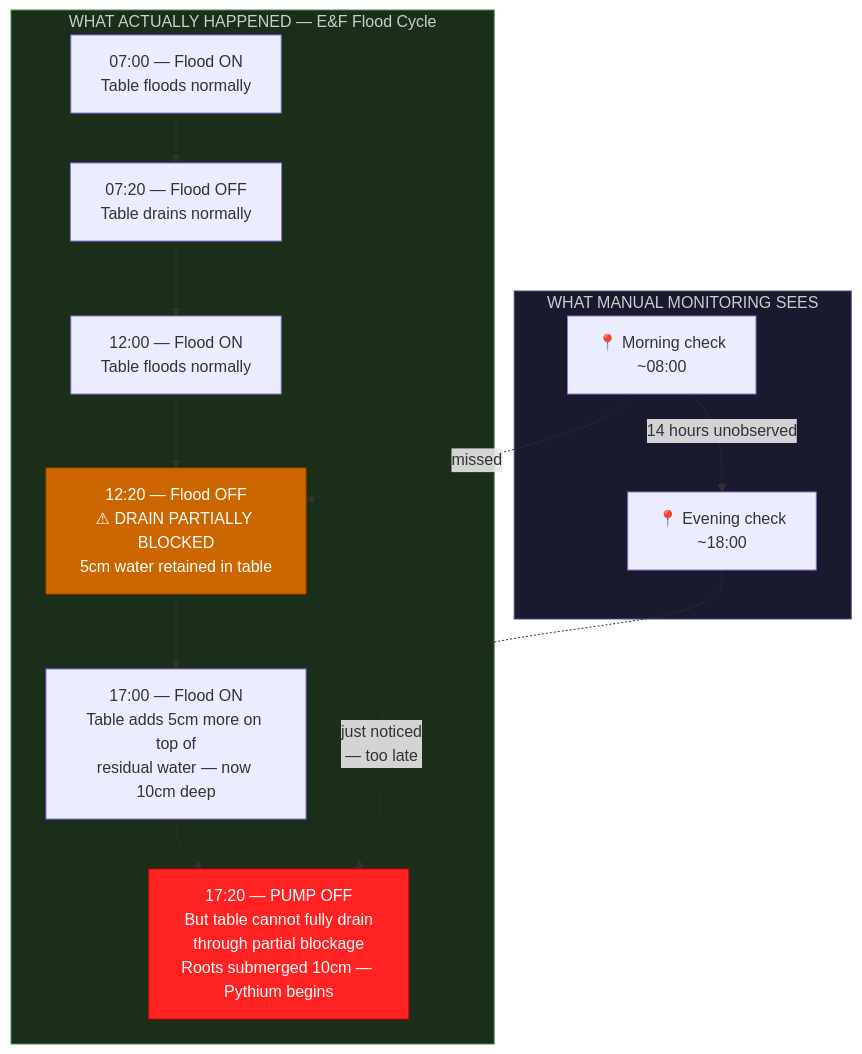
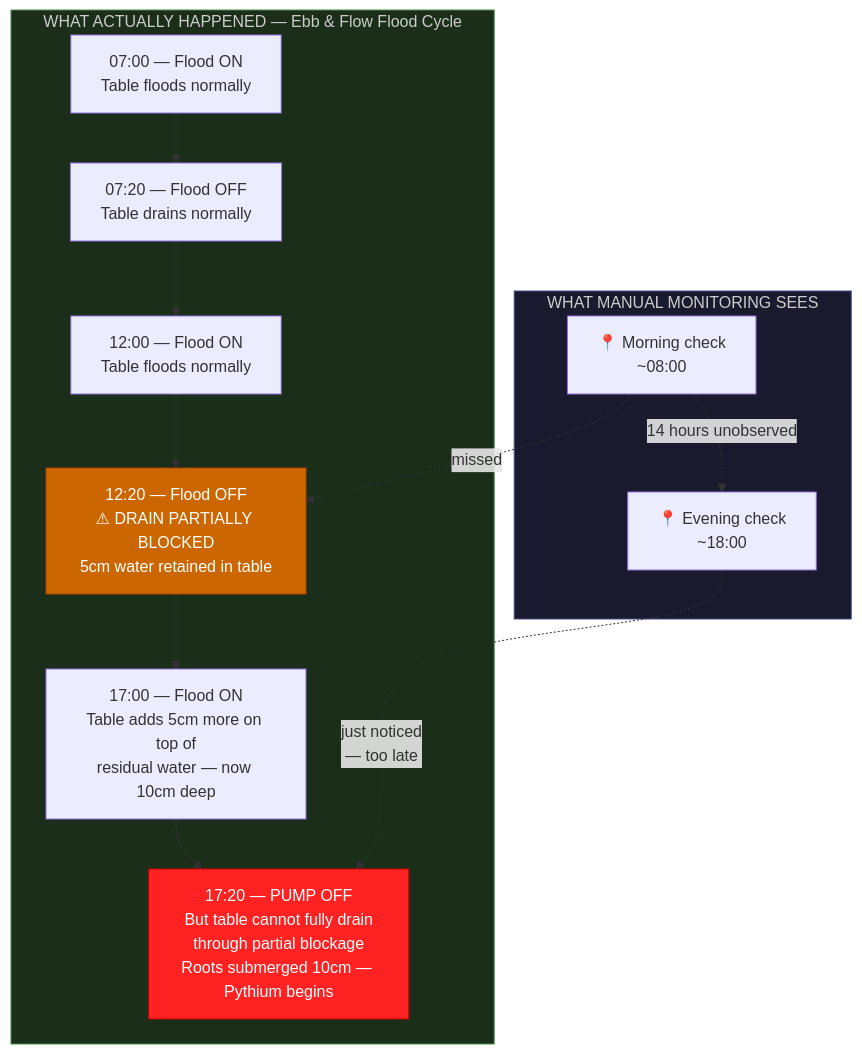
The first of 13 diagrams in guide/ebb-and-flow/13-automation.md (UncleJS/guide_hydroponics), drawn with Mermaid before and after one commit. The commit also changed other lines of this file and 12 other files, not shown here.

````diff
--- a/guide/ebb-and-flow/13-automation.md
+++ b/guide/ebb-and-flow/13-automation.md
@@ -115,26 +115,26 @@
 ```mermaid
 flowchart TD
     subgraph manual["WHAT MANUAL MONITORING SEES"]
         M1["📍 Morning check<br/>~08:00"]
         M2["📍 Evening check<br/>~18:00"]
         M1 -.->|"14 hours unobserved"| M2
     end
 
-    subgraph actual["WHAT ACTUALLY HAPPENED — E&F Flood Cycle"]
+    subgraph actual["WHAT ACTUALLY HAPPENED — Ebb &amp; Flow Flood Cycle"]
         T1["07:00 — Flood ON<br/>Table floods normally"]
         T2["07:20 — Flood OFF<br/>Table drains normally"]
         T3["12:00 — Flood ON<br/>Table floods normally"]
         T4["12:20 — Flood OFF<br/>⚠ DRAIN PARTIALLY BLOCKED<br/>5cm water retained in table"]
         T5["17:00 — Flood ON<br/>Table adds 5cm more on top of<br/>residual water — now 10cm deep"]
         T6["17:20 — PUMP OFF<br/>But table cannot fully drain<br/>through partial blockage<br/>Roots submerged 10cm — Pythium begins"]
         T1 --> T2 --> T3 --> T4 --> T5 --> T6
     end
 
     M1 -. "missed" .-> T4
     M2 -. "just noticed<br/>— too late" .-> T6
 
     style T4 fill:#cc6600,color:#fff,stroke:#aa4400
     style T6 fill:#ff2222,color:#fff,stroke:#cc0000
     style manual fill:#1a1a2e,stroke:#4a4a8a,color:#ccc
     style actual fill:#1a2e1a,stroke:#4a8a4a,color:#ccc
 ```
````
